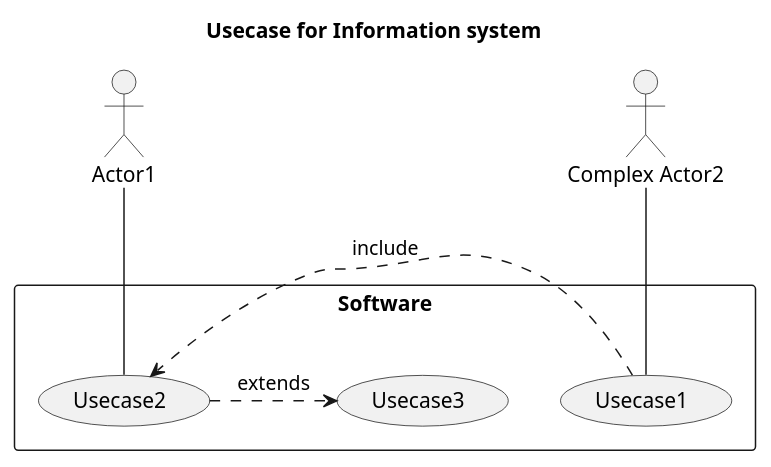
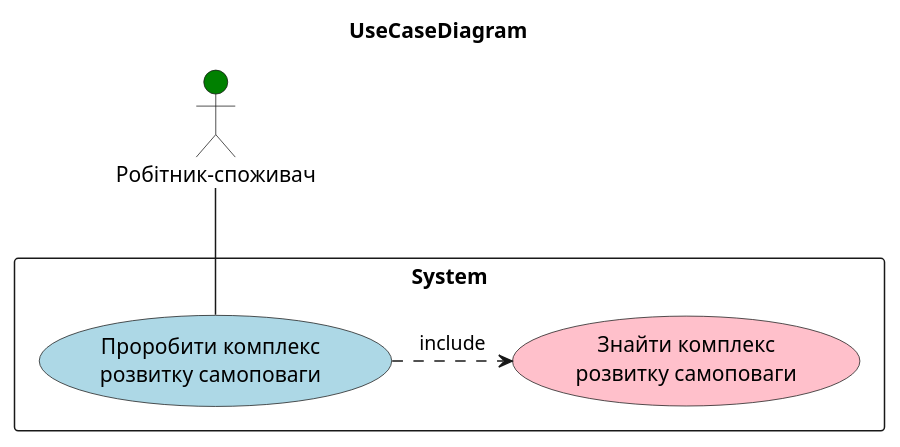
The diagram in 2-SoftwareDesign/2.7-PlantUML/UML-UseCase.puml (oleksandrblazhko/ai202-kovach), drawn with PlantUML before and after one commit. The commit also changed other lines of this file, not shown here.

```diff
--- a/2-SoftwareDesign/2.7-PlantUML/UML-UseCase.puml
+++ b/2-SoftwareDesign/2.7-PlantUML/UML-UseCase.puml
@@ -1,22 +1,12 @@
 @startuml
+title UseСaseDiagram
+actor "Робітник-споживач" as act #Green
 
-title Usecase for Information system
+rectangle System {
+    usecase (Проробити комплекс\nрозвитку самоповаги) as use1 #LightBlue
+    usecase (Знайти комплекс\nрозвитку самоповаги) as use2 #Pink
 
-' left to right direction
-
-actor Actor1
-actor :Complex Actor2:
-
-rectangle Software {
-
-    usecase (Usecase1)
-    usecase (Usecase2)
-    usecase (Usecase3)
-
-   :Complex Actor2: -- (Usecase1)
-   (Usecase1) .> (Usecase2) : include
-   (Usecase2) .> (Usecase3) : extends
-   Actor1 -- (Usecase2)
+    act -- use1
+    use1 .> use2 : include
 }
-
 @enduml
```
